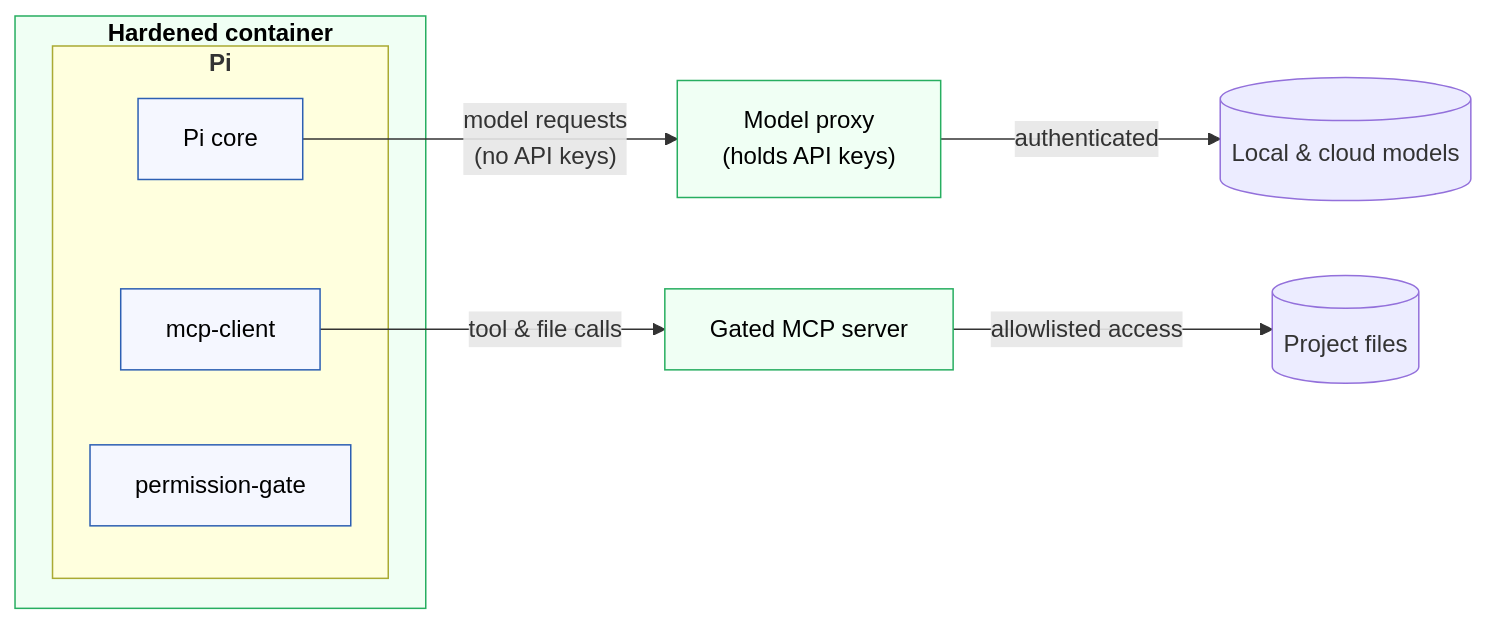
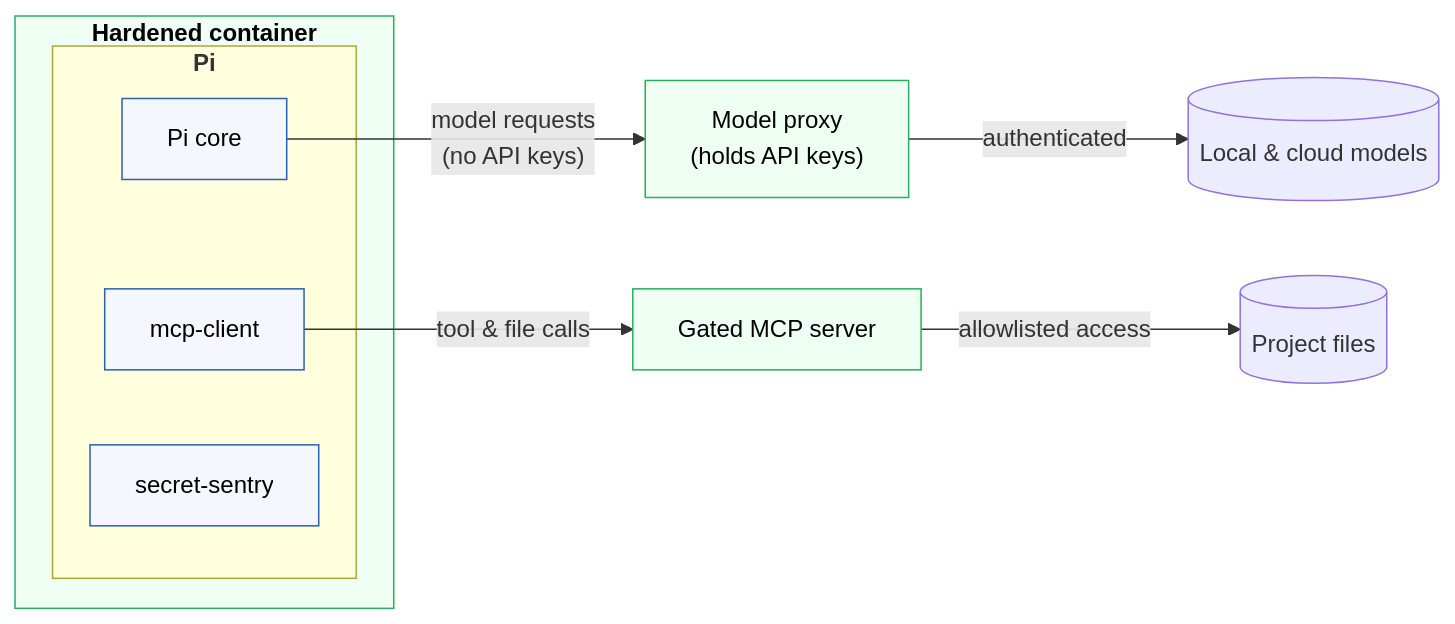
The diagram in README.md (kieranpotts/genie), drawn with Mermaid before and after one commit. The commit also changed other lines of this file and 24 other files, not shown here.

Commit message:
feature: remove user prompting from permission-gate

````diff
--- a/README.md
+++ b/README.md
@@ -89,25 +89,25 @@
 ```mermaid
 flowchart LR
   subgraph Container["<b>Hardened container</b>"]
     subgraph Pi["<b>Pi</b>"]
       Core["Pi core"]
       MC["mcp-client"]
-      PG["permission-gate"]
+      PG["secret-sentry"]
     end
   end
 
   MCP["Gated MCP server"]
   Proxy["Model proxy<br/>(holds API keys)"]
   FS[("Project files")]
   Models[("Local &amp; cloud models")]
 
   MC -->|"tool &amp; file calls"| MCP
   MCP -->|"allowlisted access"| FS
   Core -->|"model requests<br/>(no API keys)"| Proxy
   Proxy -->|"authenticated"| Models
 
   classDef guard fill:#f0fff4,stroke:#27ae60,color:#000;
   classDef agent fill:#f5f7ff,stroke:#2c5fb3,color:#000;
   class MCP,Proxy,Container guard;
   class Core,MC,PG agent;
 ```
````
